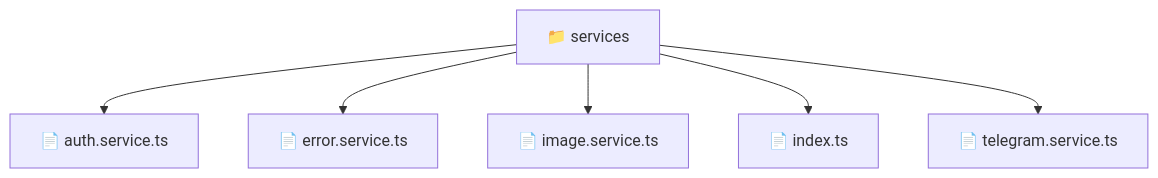
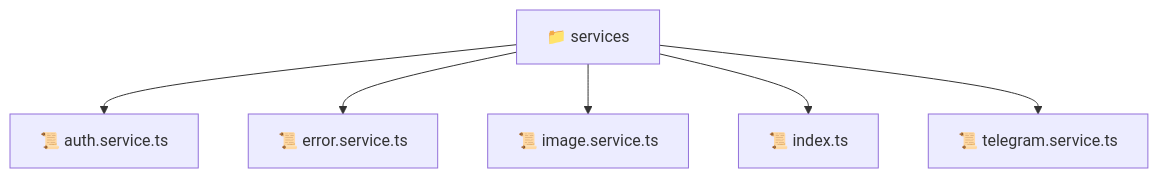
The diagram in frontend/src/shared/services/README.md (beginwebdev2002/fullstack-mavluda), drawn with Mermaid before and after one commit. The commit also changed other lines of this file and 163 other files, not shown here.

````diff
--- a/frontend/src/shared/services/README.md
+++ b/frontend/src/shared/services/README.md
@@ -11,9 +11,9 @@
 ```mermaid
 graph TD
-  Root["📁 services"]
-  Root --> auth_service_ts["📄 auth.service.ts"]
-  Root --> error_service_ts["📄 error.service.ts"]
-  Root --> image_service_ts["📄 image.service.ts"]
-  Root --> index_ts["📄 index.ts"]
-  Root --> telegram_service_ts["📄 telegram.service.ts"]
+  services["📁 services"]
+  services --> auth_service_ts["📜 auth.service.ts"]
+  services --> error_service_ts["📜 error.service.ts"]
+  services --> image_service_ts["📜 image.service.ts"]
+  services --> index_ts["📜 index.ts"]
+  services --> telegram_service_ts["📜 telegram.service.ts"]
 ```
````
